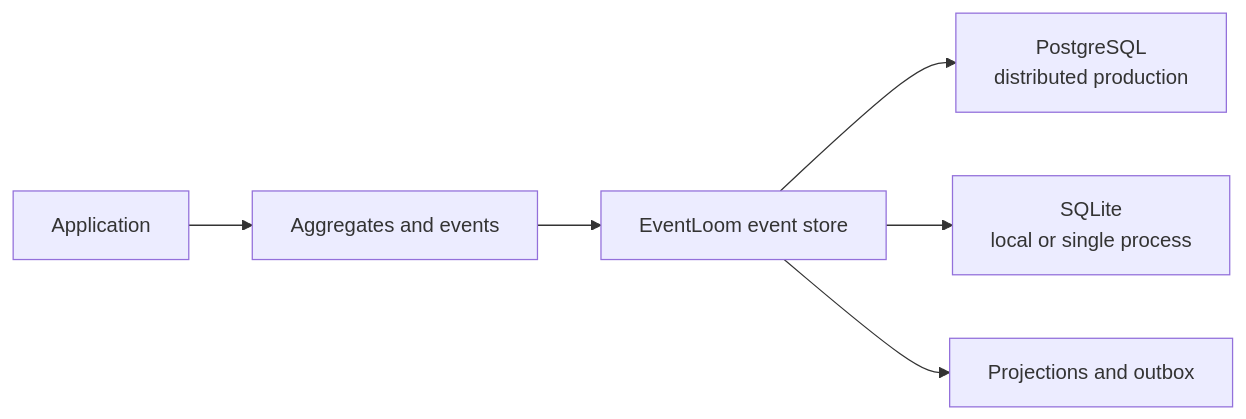
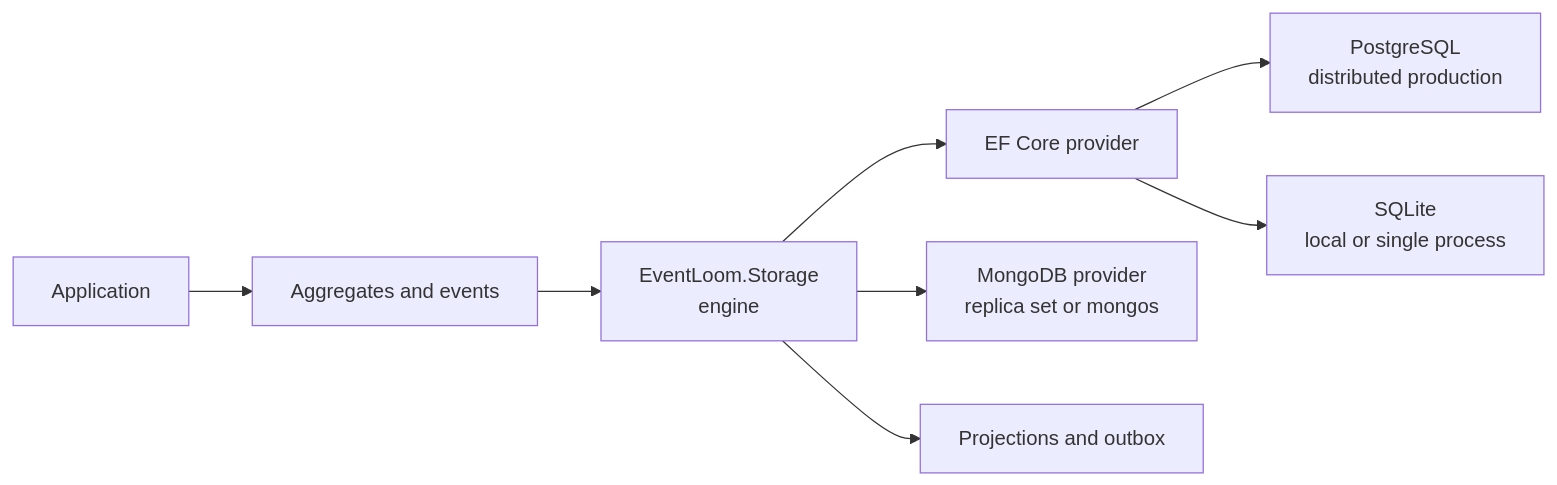
One commit to danihengeveld/EventLoom changed the diagram in docs/src/content/docs/index.mdx. Above: the diagram before and after it, drawn with Mermaid. The commit also changed other lines of this file and 193 other files, not shown here.

First line of the commit message:
Add provider-neutral storage SPI and a direct MongoDB provider

````diff
--- a/docs/src/content/docs/index.mdx
+++ b/docs/src/content/docs/index.mdx
@@ -11,8 +10,10 @@
 ```mermaid
 flowchart LR
     App[Application] --> Domain[Aggregates and events]
-    Domain --> Store[EventLoom event store]
-    Store --> Postgres[PostgreSQL<br/>distributed production]
-    Store --> Sqlite[SQLite<br/>local or single process]
-    Store --> Workers[Projections and outbox]
+    Domain --> Engine[EventLoom.Storage<br/>engine]
+    Engine --> Ef[EF Core provider]
+    Ef --> Postgres[PostgreSQL<br/>distributed production]
+    Ef --> Sqlite[SQLite<br/>local or single process]
+    Engine --> Mongo[MongoDB provider<br/>replica set or mongos]
+    Engine --> Workers[Projections and outbox]
 ```
````
